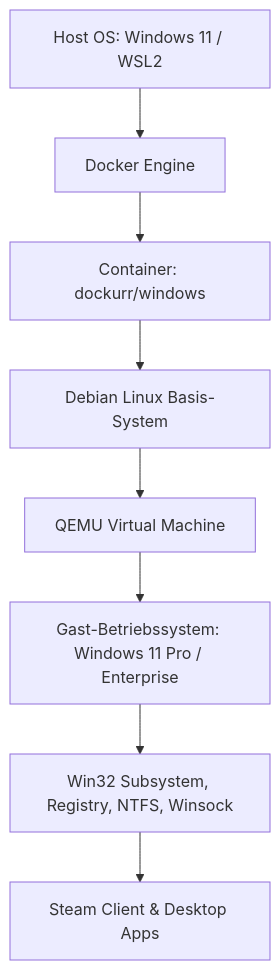
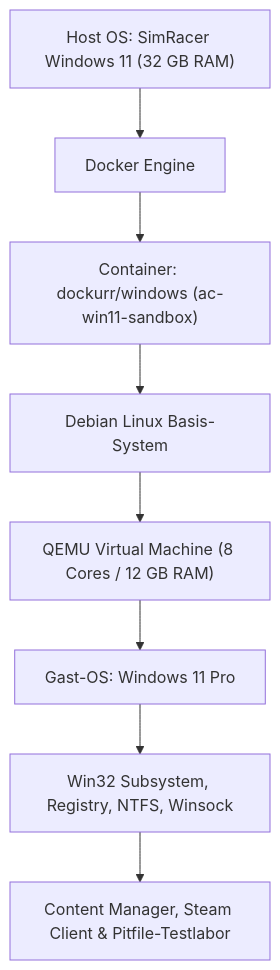
Before and after one commit to mestuermer-svg/first: the first of 2 diagrams in #$_Lernmaterial_to_sort/docker-windows-steam-ki-agent-architektur.md, drawn with Mermaid. The commit also changed other lines of this file and 23 other files, not shown here.

````diff
--- a/#$_Lernmaterial_to_sort/docker-windows-steam-ki-agent-architektur.md
+++ b/#$_Lernmaterial_to_sort/docker-windows-steam-ki-agent-architektur.md
@@ -26,10 +26,10 @@
 ```mermaid
 graph TD
-    A[Host OS: Windows 11 / WSL2] --> B[Docker Engine]
-    B --> C[Container: dockurr/windows]
-    C --> D[Debian Linux Basis-System]
-    D --> E[QEMU Virtual Machine]
-    E --> F[Gast-Betriebssystem: Windows 11 Pro / Enterprise]
-    F --> G[Win32 Subsystem, Registry, NTFS, Winsock]
-    G --> H[Steam Client & Desktop Apps]
+    A["Host OS: SimRacer Windows 11 (32 GB RAM)"] --> B["Docker Engine"]
+    B --> C["Container: dockurr/windows (ac-win11-sandbox)"]
+    C --> D["Debian Linux Basis-System"]
+    D --> E["QEMU Virtual Machine (8 Cores / 12 GB RAM)"]
+    E --> F["Gast-OS: Windows 11 Pro"]
+    F --> G["Win32 Subsystem, Registry, NTFS, Winsock"]
+    G --> H["Content Manager, Steam Client & Pitfile-Testlabor"]
 ```
````
